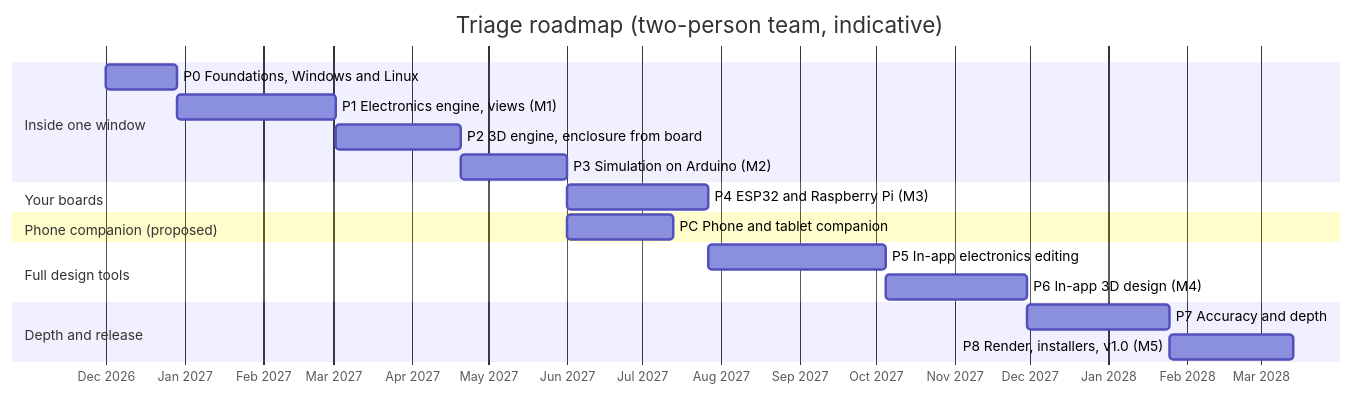
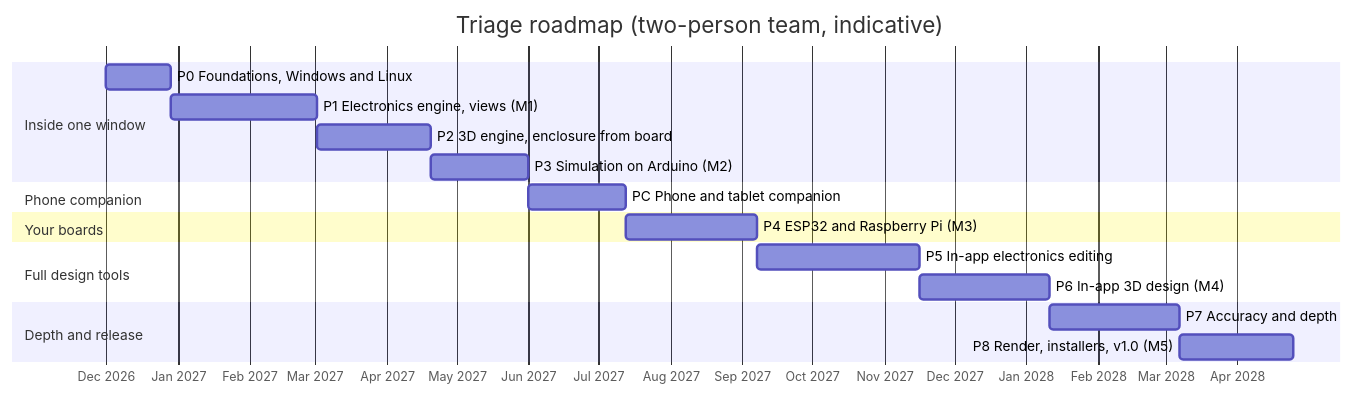
The diagram in docs/ROADMAP.md (NoboIshraque/triage), drawn with Mermaid before and after one commit. The commit also changed other lines of this file and 5 other files, not shown here.

````diff
--- a/docs/ROADMAP.md
+++ b/docs/ROADMAP.md
@@ -15,21 +15,21 @@
 ```mermaid
 gantt
   title Triage roadmap (two-person team, indicative)
   dateFormat YYYY-MM-DD
   axisFormat %b %Y
   section Inside one window
   P0 Foundations, Windows and Linux   :p0, 2026-12-01, 4w
   P1 Electronics engine, views (M1)   :p1, after p0, 9w
   P2 3D engine, enclosure from board  :p2, after p1, 7w
   P3 Simulation on Arduino (M2)       :p3, after p2, 6w
+  section Phone companion
+  PC Phone and tablet companion       :pc, after p3, 6w
   section Your boards
-  P4 ESP32 and Raspberry Pi (M3)      :p4, after p3, 8w
-  section Phone companion (proposed)
-  PC Phone and tablet companion       :pc, after p3, 6w
+  P4 ESP32 and Raspberry Pi (M3)      :p4, after pc, 8w
   section Full design tools
   P5 In-app electronics editing       :p5, after p4, 10w
   P6 In-app 3D design (M4)            :p6, after p5, 8w
   section Depth and release
   P7 Accuracy and depth               :p7, after p6, 8w
   P8 Render, installers, v1.0 (M5)    :p8, after p7, 7w
 ```
````
